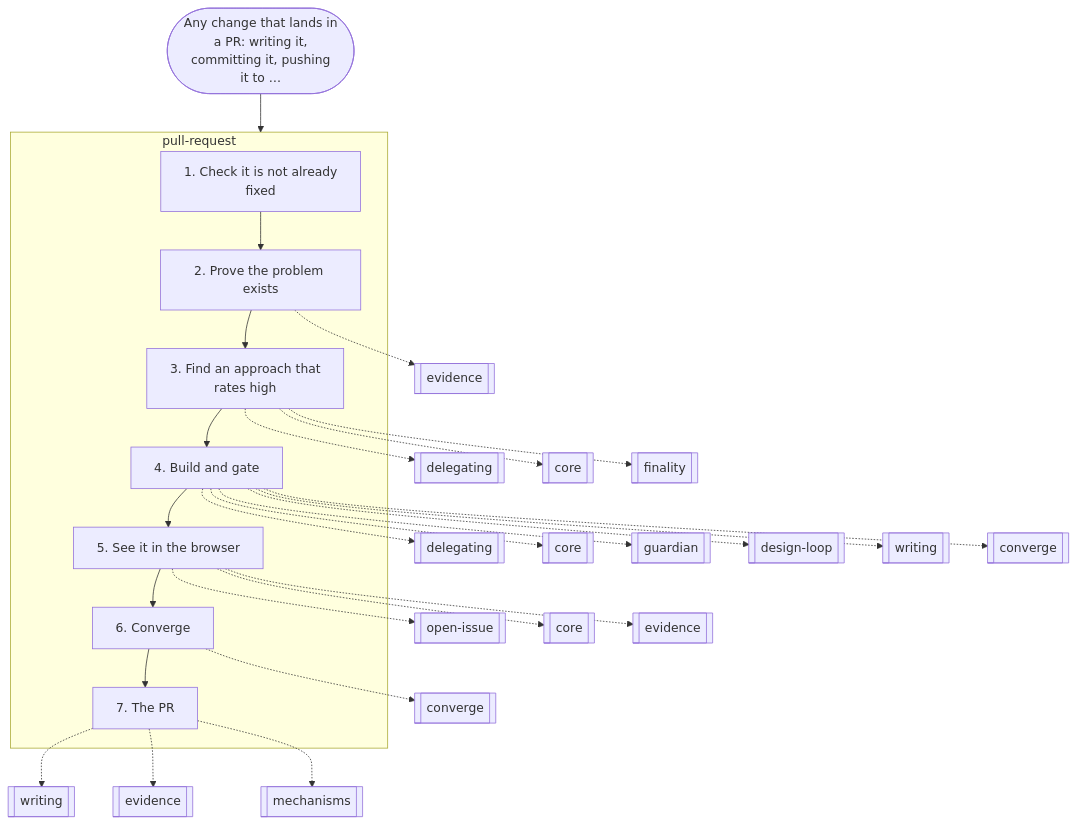
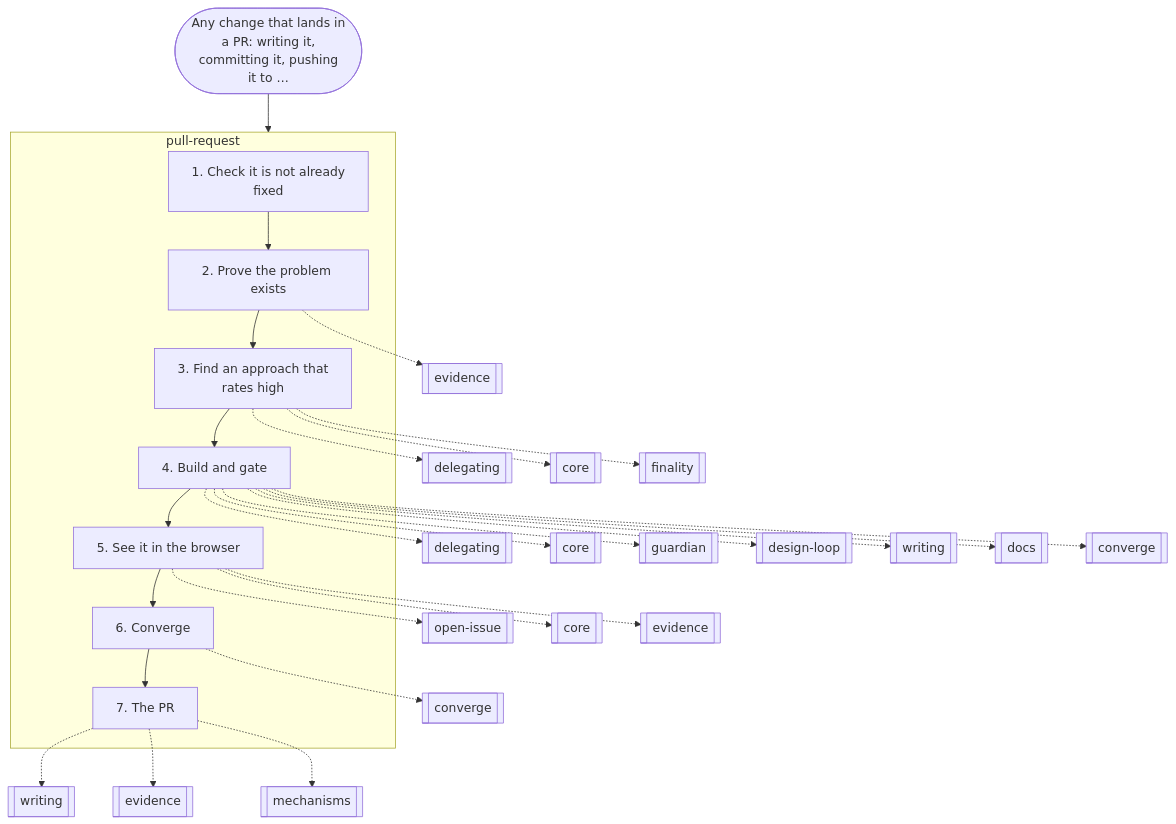
The seventh of 18 diagrams in docs/graphs.md (nitedani/mergeworthy), drawn with Mermaid before and after one commit. The commit also changed other lines of this file and 8 other files, not shown here.

````diff
--- a/docs/graphs.md
+++ b/docs/graphs.md
@@ -212,37 +213,38 @@
 ```mermaid
 flowchart TB
   start(["Any change that lands in<br/>a PR: writing it,<br/>committing it, pushing<br/>it to …"])
   subgraph g0["pull-request"]
     s0["1. Check it is not already<br/>fixed"]
     s1["2. Prove the problem exists"]
     s0 --> s1
     s2["3. Find an approach that<br/>rates high"]
     s1 --> s2
     s3["4. Build and gate"]
     s2 --> s3
     s4["5. See it in the browser"]
     s3 --> s4
     s5["6. Converge"]
     s4 --> s5
     s6["7. The PR"]
     s5 --> s6
   end
   s1 -.-> r1[["evidence"]]
   s2 -.-> r2[["delegating"]]
   s2 -.-> r3[["core"]]
   s2 -.-> r4[["finality"]]
   s3 -.-> r5[["delegating"]]
   s3 -.-> r6[["core"]]
   s3 -.-> r7[["guardian"]]
   s3 -.-> r8[["design-loop"]]
   s3 -.-> r9[["writing"]]
-  s3 -.-> r10[["converge"]]
-  s4 -.-> r11[["open-issue"]]
-  s4 -.-> r12[["core"]]
-  s4 -.-> r13[["evidence"]]
-  s5 -.-> r14[["converge"]]
-  s6 -.-> r15[["writing"]]
-  s6 -.-> r16[["evidence"]]
-  s6 -.-> r17[["mechanisms"]]
+  s3 -.-> r10[["docs"]]
+  s3 -.-> r11[["converge"]]
+  s4 -.-> r12[["open-issue"]]
+  s4 -.-> r13[["core"]]
+  s4 -.-> r14[["evidence"]]
+  s5 -.-> r15[["converge"]]
+  s6 -.-> r16[["writing"]]
+  s6 -.-> r17[["evidence"]]
+  s6 -.-> r18[["mechanisms"]]
   start --> g0
 ```
````
